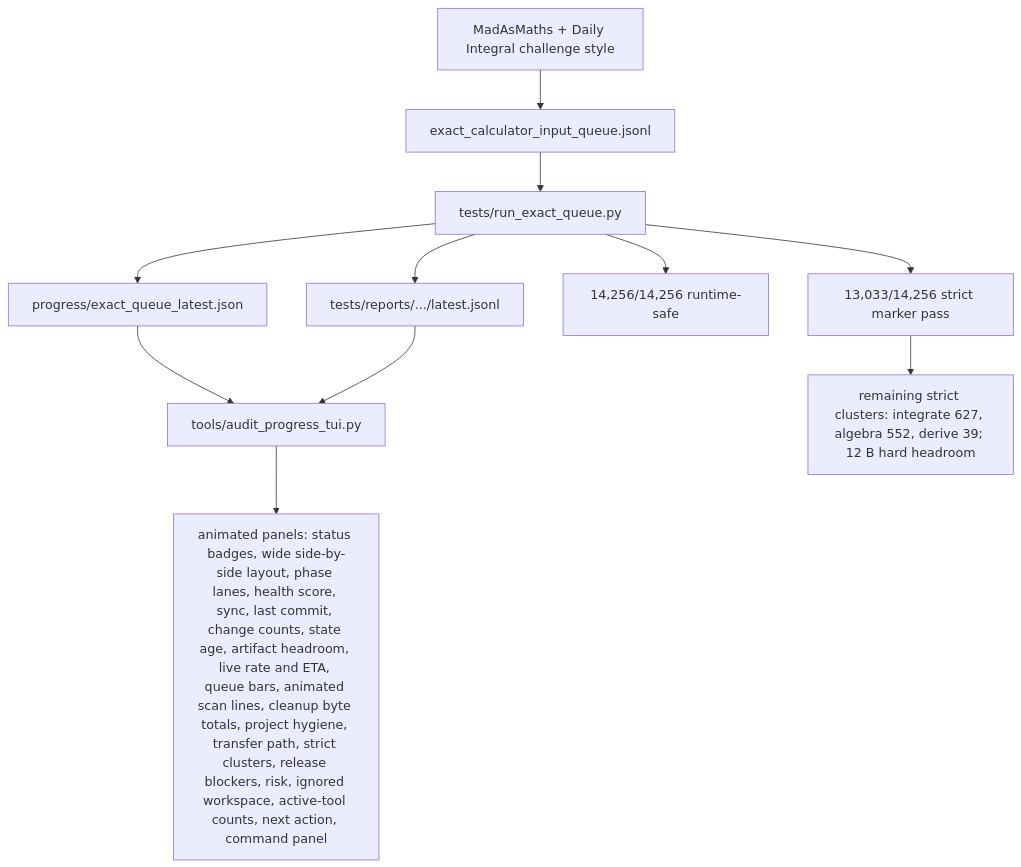
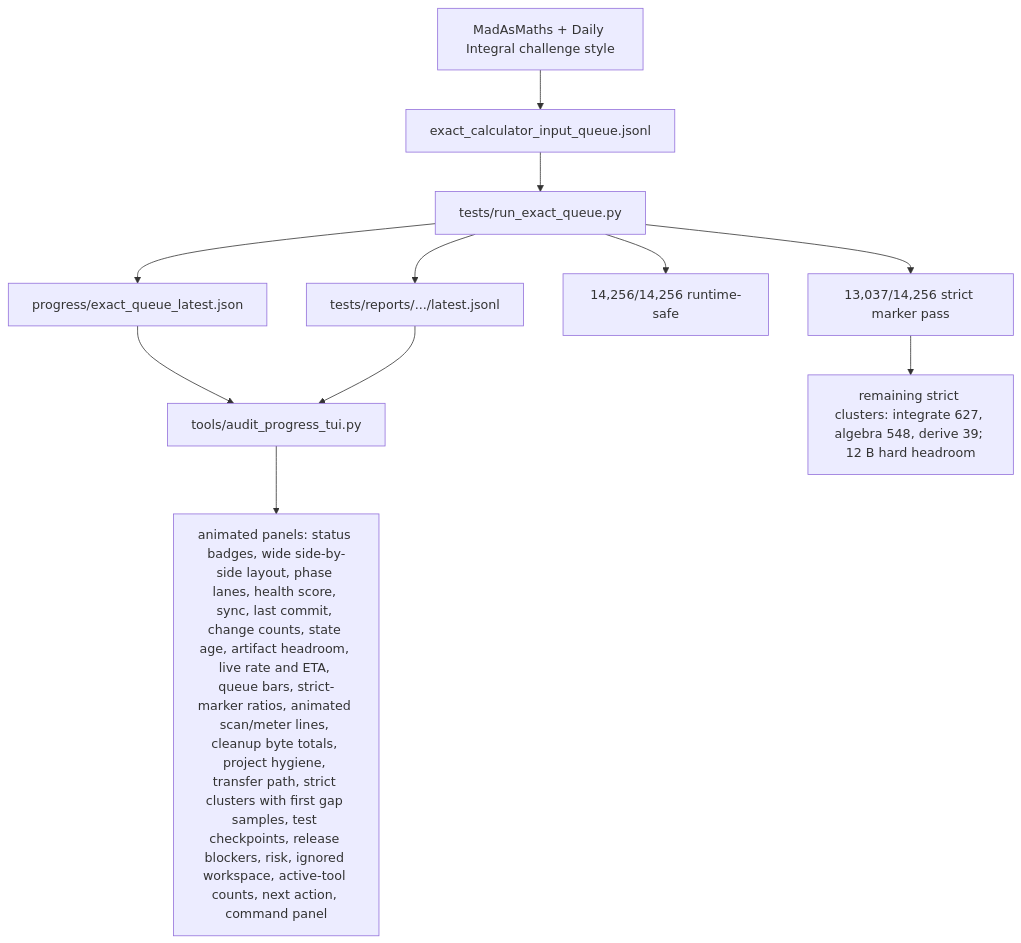
Before and after one commit to james8464/notes-addin-casio-fx-cg50: the fifth of 6 diagrams in docs/GRAPH.md, drawn with Mermaid. The commit also changed other lines of this file and 5 other files, not shown here.

````diff
--- a/docs/GRAPH.md
+++ b/docs/GRAPH.md
@@ -60,13 +60,13 @@
 ```mermaid
 graph TD
   Online["MadAsMaths + Daily Integral challenge style"] --> Queue["exact_calculator_input_queue.jsonl"]
   Queue --> Runner["tests/run_exact_queue.py"]
   Runner --> Live["progress/exact_queue_latest.json"]
   Runner --> Report["tests/reports/.../latest.jsonl"]
   Live --> TUI["tools/audit_progress_tui.py"]
   Report --> TUI
-  TUI --> Panels["animated panels: status badges, wide side-by-side layout, phase lanes, health score, sync, last commit, change counts, state age, artifact headroom, live rate and ETA, queue bars, animated scan lines, cleanup byte totals, project hygiene, transfer path, strict clusters, release blockers, risk, ignored workspace, active-tool counts, next action, command panel"]
+  TUI --> Panels["animated panels: status badges, wide side-by-side layout, phase lanes, health score, sync, last commit, change counts, state age, artifact headroom, live rate and ETA, queue bars, strict-marker ratios, animated scan/meter lines, cleanup byte totals, project hygiene, transfer path, strict clusters with first gap samples, test checkpoints, release blockers, risk, ignored workspace, active-tool counts, next action, command panel"]
   Runner --> Runtime["14,256/14,256 runtime-safe"]
-  Runner --> Strict["13,033/14,256 strict marker pass"]
-  Strict --> Remaining["remaining strict clusters: integrate 627, algebra 552, derive 39; 12 B hard headroom"]
+  Runner --> Strict["13,037/14,256 strict marker pass"]
+  Strict --> Remaining["remaining strict clusters: integrate 627, algebra 548, derive 39; 12 B hard headroom"]
 ```
````
